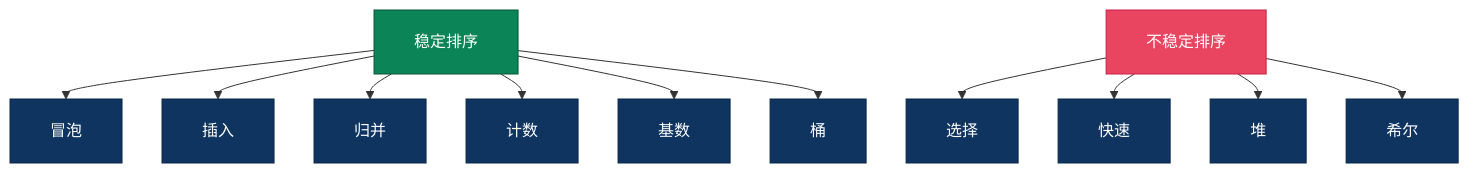
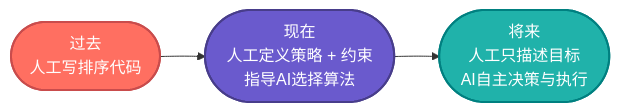
Before and after one commit to microwind/algorithms: diagram 13 of 14 in sorting/AI-Era-Top-10-Sorting-Algorithms.md, drawn with Mermaid. The commit also changed other lines of this file and 36 other files, not shown here.

````diff
--- a/sorting/AI-Era-Top-10-Sorting-Algorithms.md
+++ b/sorting/AI-Era-Top-10-Sorting-Algorithms.md
@@ -832,14 +845,13 @@
 ```mermaid
-%%{init: {'flowchart': {'nodeSpacing': 40, 'rankSpacing': 25, 'padding': 20}}}%%
-graph TD
-    STABLE["稳定排序"] --> SB["冒泡"] & SI["插入"] & SM["归并"] & SC["计数"] & SR["基数"] & SBK["桶"]
-    UNSTABLE["不稳定排序"] --> US["选择"] & UQ["快速"] & UH["堆"] & USH["希尔"]
+%%{init: {'flowchart': {'nodeSpacing': 50, 'rankSpacing': 45, 'padding': 20}}}%%
+graph LR
+    PAST(["过去<br/>人工写排序代码"]):::past
+    NOW(["现在<br/>人工定义策略 + 约束<br/>指导AI选择算法"]):::now
+    FUTURE(["将来<br/>人工只描述目标<br/>AI自主决策与执行"]):::future
 
-    classDef stab fill:#0b8457,color:#fff,stroke:#065535
-    classDef unstab fill:#e94560,color:#fff,stroke:#c81e45
-    classDef item fill:#0f3460,color:#fff,stroke:#0a2647
+    PAST --> NOW --> FUTURE
 
-    class STABLE stab
-    class UNSTABLE unstab
-    class SB,SI,SM,SC,SR,SBK,US,UQ,UH,USH item
+    classDef past fill:#ff6f61,color:#fff,stroke:#c94c4c,stroke-width:2px,rx:14,ry:14
+    classDef now fill:#6a5acd,color:#fff,stroke:#483d8b,stroke-width:2px,rx:14,ry:14
+    classDef future fill:#20b2aa,color:#fff,stroke:#008080,stroke-width:2px,rx:14,ry:14
 ```
````
